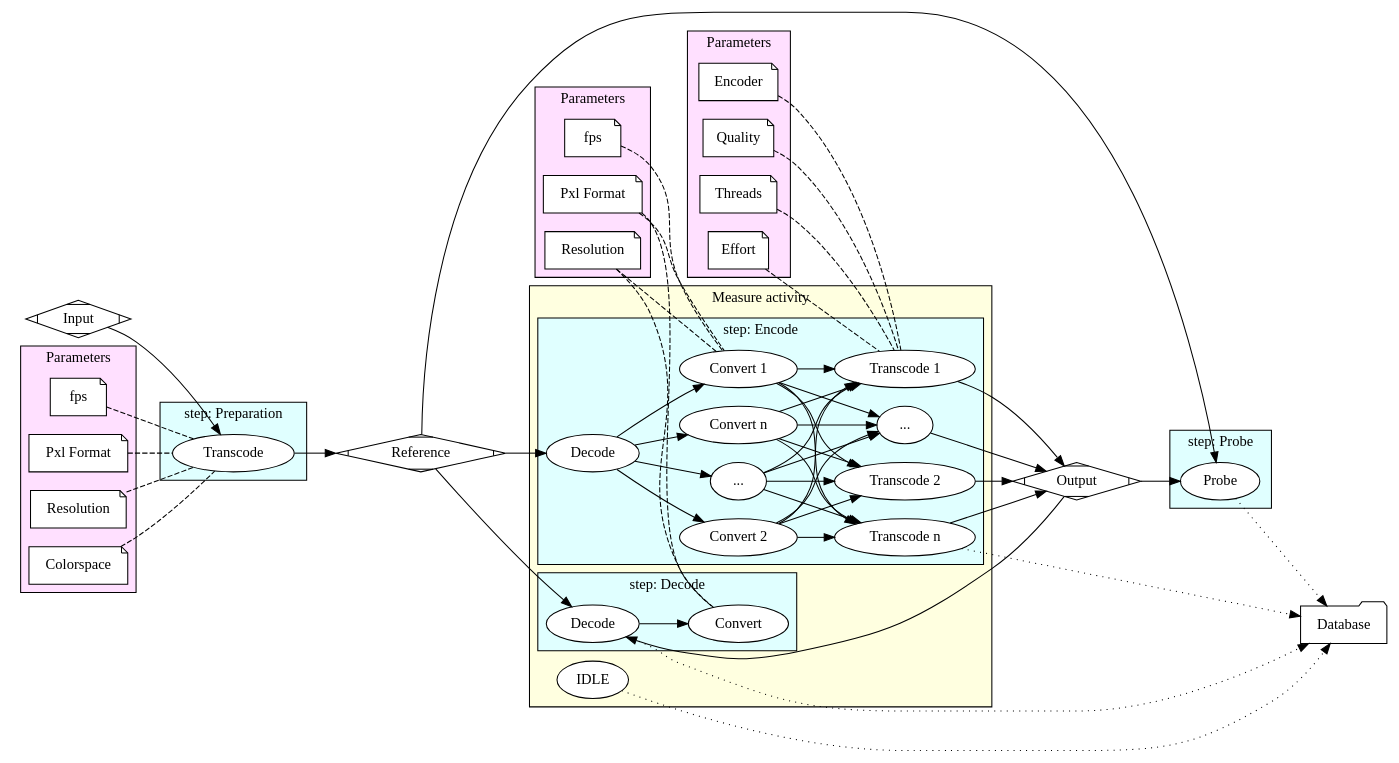
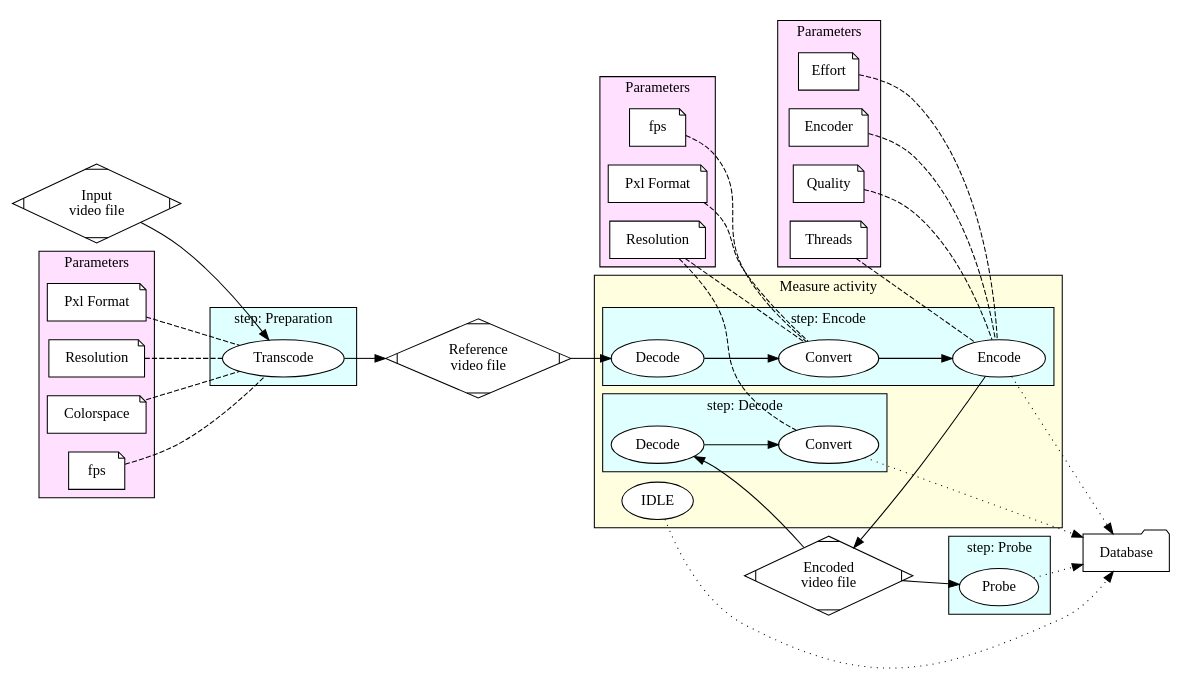
The diagram in docs/images/pipeline.dot (robinechuca/mendevi), drawn with Graphviz before and after one commit. The commit also changed 3 other files, not shown here.

Commit message:
update pipeline graph

```diff
--- a/docs/images/pipeline.dot
+++ b/docs/images/pipeline.dot
@@ -1,123 +1,110 @@
 # dot -Tsvg pipeline.dot > pipeline.svg
 digraph pipeline {
     rankdir=LR
 
     # data
-    src [label="Input", shape=Mdiamond, style=filled, fillcolor=white]
-    ref [label="Reference", shape=Mdiamond, style=filled, fillcolor=white]
-    dst [label="Output", shape=Mdiamond, style=filled, fillcolor=white]
+    src [label="Input\nvideo file", shape=Mdiamond, style=filled, fillcolor=white]
+    ref [label="Reference\nvideo file", shape=Mdiamond, style=filled, fillcolor=white]
+    dst [label="Encoded\nvideo file", shape=Mdiamond, style=filled, fillcolor=white]
 
     # parameters
     p_colorspace [label="Colorspace", shape=note, style=filled, fillcolor=white]
     p_fps [label="fps", shape=note, style=filled, fillcolor=white]
     p_pxl [label="Pxl Format", shape=note, style=filled, fillcolor=white]
     p_resol [label="Resolution", shape=note, style=filled, fillcolor=white]
 
     c_fps [label="fps", shape=note, style=filled, fillcolor=white]
     c_pxl [label="Pxl Format", shape=note, style=filled, fillcolor=white]
     c_resol [label="Resolution", shape=note, style=filled, fillcolor=white]
 
     effort [label="Effort", shape=note, style=filled, fillcolor=white]
     encoder [label="Encoder", shape=note, style=filled, fillcolor=white]
     quality [label="Quality", shape=note, style=filled, fillcolor=white]
     threads [label="Threads", shape=note, style=filled, fillcolor=white]
 
     database [label="Database", shape=folder, style=filled, fillcolor=white]
 
     # process
     prepare [label="Transcode", style=filled, fillcolor=white]
     t_dec [label="Decode", style=filled, fillcolor=white]
-    t_conv1 [label="Convert 1", style=filled, fillcolor=white]
-    t_conv2 [label="Convert 2", style=filled, fillcolor=white]
-    t_convi [label="...", style=filled, fillcolor=white]
-    t_convn [label="Convert n", style=filled, fillcolor=white]
-    trans1 [label="Transcode 1", style=filled, fillcolor=white]
-    trans2 [label="Transcode 2", style=filled, fillcolor=white]
-    transi [label="...", style=filled, fillcolor=white]
-    transn [label="Transcode n", style=filled, fillcolor=white]
+    t_convert [label="Convert", style=filled, fillcolor=white]
+    t_encode [label="Encode", style=filled, fillcolor=white]
     decode [label="Decode", style=filled, fillcolor=white]
     convert [label="Convert", style=filled, fillcolor=white]
     probe [label="Probe", style=filled, fillcolor=white]
     idle [label="IDLE", style=filled, fillcolor=white]
 
     # blocs
     subgraph clus_prepare {
         cluster=true
         label="step: Preparation"
         bgcolor="#e0ffff"
         prepare
     }
     subgraph clus_energy {
         cluster=true
         label="Measure activity"
         bgcolor="#ffffe0"
         subgraph clus_encode {
             cluster=true
             label="step: Encode"
             bgcolor="#e0ffff"
             t_dec
-            t_conv1
-            t_conv2
-            t_convi
-            t_convn
-            trans1
-            trans2
-            transi
-            transn
+            t_convert
+            t_encode
         }
         subgraph clus_decode {
             cluster=true
             label="step: Decode"
             bgcolor="#e0ffff"
             decode
             convert
         }
         idle
     }
     subgraph clus_probe {
         cluster=true
         label="step: Probe"
         bgcolor="#e0ffff"
         probe
     }
 
     # parameters blocs
     subgraph clus_param_prepare {
         cluster=true
         label="Parameters"
         bgcolor="#ffe0ff"
         p_colorspace
         p_fps
         p_pxl
         p_resol
     }
     subgraph clus_param_convert {
         cluster=true
         label="Parameters"
         bgcolor="#ffe0ff"
         c_fps
         c_pxl
         c_resol
     }
     subgraph clus_param_encode {
         cluster=true
         label="Parameters"
         bgcolor="#ffe0ff"
         effort
         encoder
         quality
         threads
     }
 
     # pipeline
-    src -> prepare -> ref -> t_dec -> {t_conv1, t_conv2, t_convi, t_convn} -> {trans1, trans2, transi, transn} -> dst -> {decode, probe}
-    ref -> {decode, probe}
+    src -> prepare -> ref -> t_dec -> t_convert -> t_encode -> dst -> {decode, probe}
     decode -> convert
-    {idle, transn, decode, probe} -> database [style=dotted] # minlen=2
+    {idle, t_encode, convert, probe} -> database [style=dotted] # minlen=2
 
     # arguments
     {p_colorspace, p_fps, p_pxl, p_resol} -> prepare [arrowhead=none, style=dashed]
-    {c_fps, c_pxl, c_resol} -> t_conv1 [arrowhead=none, style=dashed]
-    {c_pxl, c_resol} -> convert [arrowhead=none, style=dashed]
-    {effort, encoder, quality, threads} -> trans1 [arrowhead=none, style=dashed]
+    {c_fps, c_pxl, c_resol} -> t_convert [arrowhead=none, style=dashed]
+    {effort, encoder, quality, threads} -> t_encode [arrowhead=none, style=dashed]
+    {c_resol} -> convert [arrowhead=none, style=dashed]
 }
```
